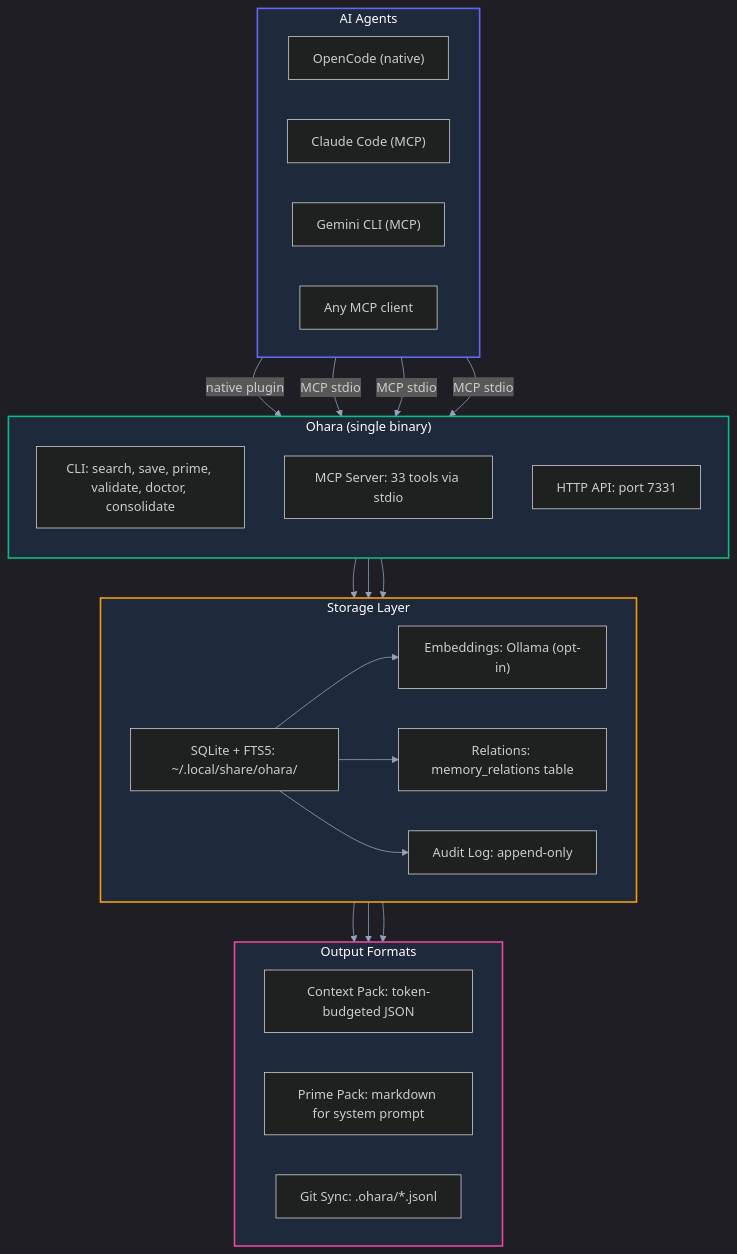
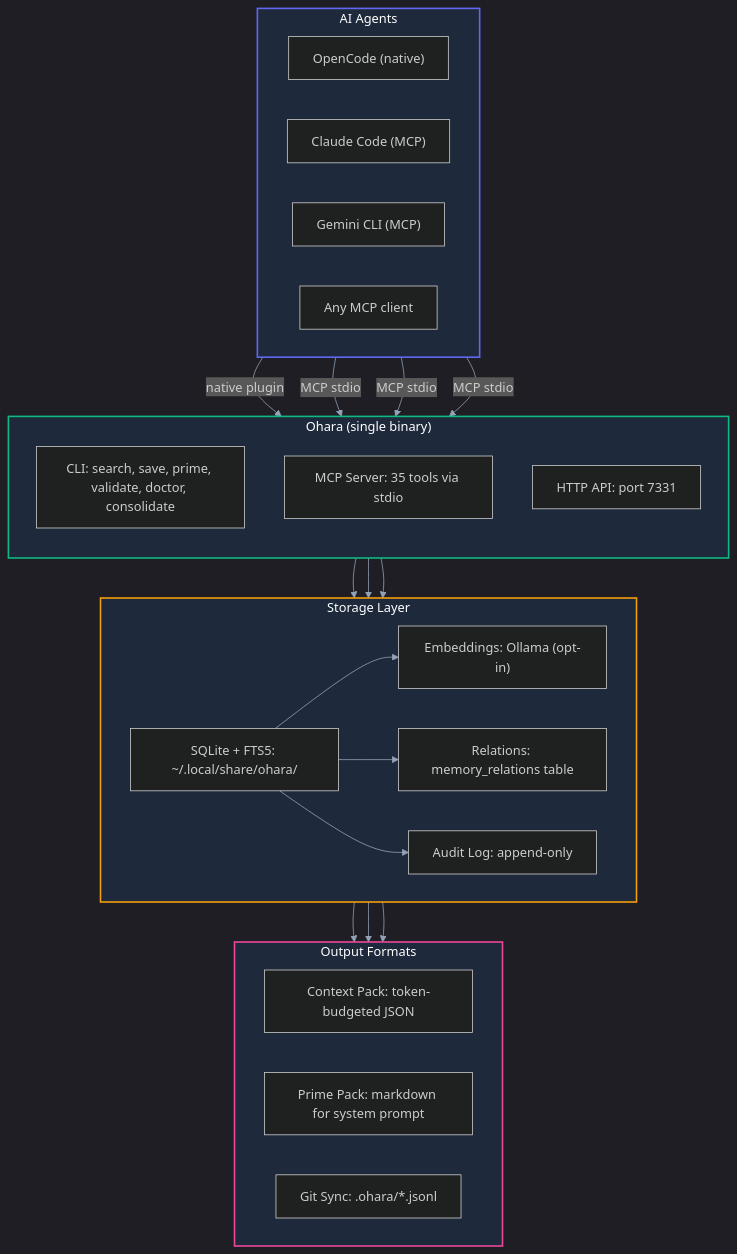
The first of 3 diagrams in README.md (ashwnn/ohara), drawn with Mermaid before and after one commit. The commit also changed other lines of this file and 7 other files, not shown here.

````diff
--- a/README.md
+++ b/README.md
@@ -23,54 +23,54 @@
 ```mermaid
 %%{init: {'theme': 'dark', 'themeVariables': { 'primaryColor': '#6366f1', 'primaryTextColor': '#fff', 'primaryBorderColor': '#818cf8', 'lineColor': '#94a3b8', 'secondaryColor': '#10b981', 'tertiaryColor': '#f59e0b'}}}%%
 graph TB
     subgraph Agents["AI Agents"]
         direction LR
         OC["OpenCode (native)"]
         CC["Claude Code (MCP)"]
         GC["Gemini CLI (MCP)"]
         ANY["Any MCP client"]
     end
 
     subgraph Ohara["Ohara (single binary)"]
         direction TB
         CLI["CLI: search, save, prime, validate, doctor, consolidate"]
-        MCP["MCP Server: 33 tools via stdio"]
+        MCP["MCP Server: 35 tools via stdio"]
         HTTP["HTTP API: port 7331"]
     end
 
     subgraph Storage["Storage Layer"]
         direction LR
         DB["SQLite + FTS5: ~/.local/share/ohara/"]
         EMB["Embeddings: Ollama (opt-in)"]
         REL["Relations: memory_relations table"]
         AUD["Audit Log: append-only"]
     end
 
     subgraph Output["Output Formats"]
         direction LR
         PACK["Context Pack: token-budgeted JSON"]
         PRIME["Prime Pack: markdown for system prompt"]
         SYNC["Git Sync: .ohara/*.jsonl"]
     end
 
     OC -->|native plugin| MCP
     CC -->|MCP stdio| MCP
     GC -->|MCP stdio| MCP
     ANY -->|MCP stdio| MCP
     CLI --> DB
     MCP --> DB
     HTTP --> DB
 
     DB --> EMB
     DB --> REL
     DB --> AUD
 
     DB --> PACK
     DB --> PRIME
     DB --> SYNC
 
     style Agents fill:#1e293b,stroke:#6366f1,stroke-width:2px,color:#fff
     style Ohara fill:#1e293b,stroke:#10b981,stroke-width:2px,color:#fff
     style Storage fill:#1e293b,stroke:#f59e0b,stroke-width:2px,color:#fff
     style Output fill:#1e293b,stroke:#ec4899,stroke-width:2px,color:#fff
 ```
````
